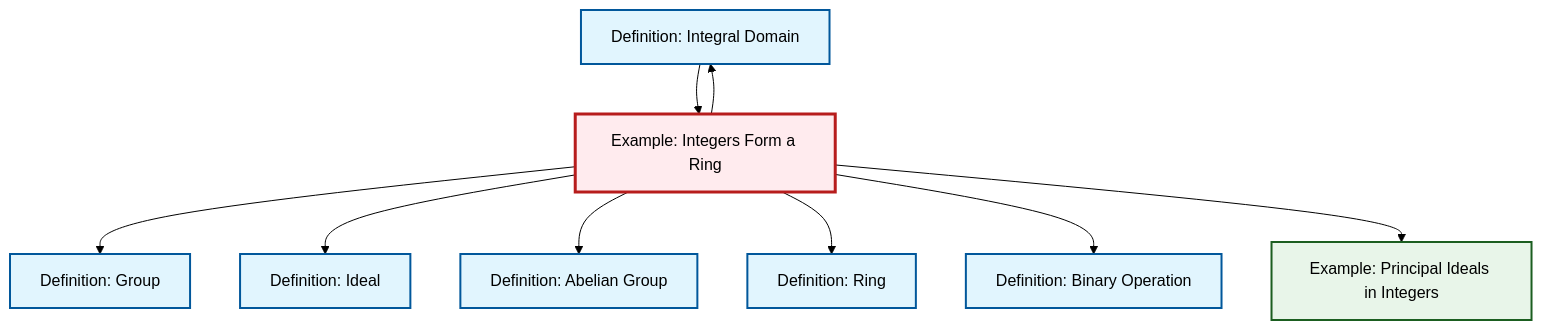
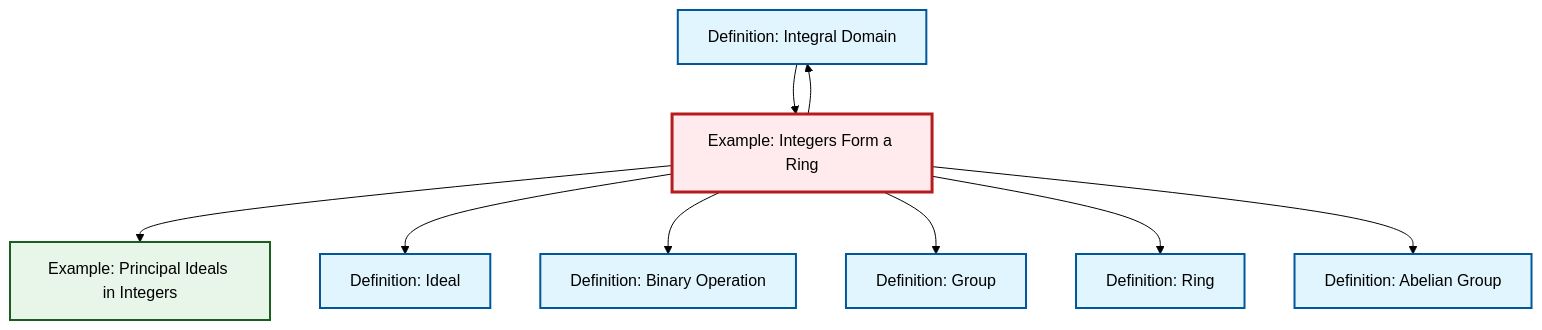
One commit to RK0429/ModernMath changed the diagram in output/mermaid/ex-integers-ring.mermaid. Above: the diagram before and after it, drawn with Mermaid (forest theme). The commit also changed other lines of this file and 634 other files, not shown here.

First line of the commit message:
feat: Add prime ideal definition with comprehensive cross-references

```diff
--- a/output/mermaid/ex-integers-ring.mermaid
+++ b/output/mermaid/ex-integers-ring.mermaid
@@ -1,24 +1,24 @@
 %%| fig-cap: "Local dependency graph"
 graph TD
     classDef definition fill:#e1f5fe,stroke:#01579b,stroke-width:2px
     classDef theorem fill:#f3e5f5,stroke:#4a148c,stroke-width:2px
     classDef axiom fill:#fff3e0,stroke:#e65100,stroke-width:2px
     classDef example fill:#e8f5e9,stroke:#1b5e20,stroke-width:2px
     classDef current fill:#ffebee,stroke:#b71c1c,stroke-width:3px
+    def-group["Definition: Group"]:::definition
+    def-abelian-group["Definition: Abelian Group"]:::definition
     def-binary-operation["Definition: Binary Operation"]:::definition
-    def-abelian-group["Definition: Abelian Group"]:::definition
+    def-ring["Definition: Ring"]:::definition
+    ex-principal-ideal["Example: Principal Ideals in Integers"]:::example
     def-integral-domain["Definition: Integral Domain"]:::definition
-    def-group["Definition: Group"]:::definition
     ex-integers-ring["Example: Integers Form a Ring"]:::example
     def-ideal["Definition: Ideal"]:::definition
-    ex-principal-ideal["Example: Principal Ideals in Integers"]:::example
-    def-ring["Definition: Ring"]:::definition
+    ex-integers-ring --> def-integral-domain
+    ex-integers-ring --> ex-principal-ideal
+    ex-integers-ring --> def-ideal
+    ex-integers-ring --> def-binary-operation
+    def-integral-domain --> ex-integers-ring
     ex-integers-ring --> def-group
-    ex-integers-ring --> def-ideal
+    ex-integers-ring --> def-ring
     ex-integers-ring --> def-abelian-group
-    ex-integers-ring --> def-ring
-    ex-integers-ring --> def-binary-operation
-    ex-integers-ring --> def-integral-domain
-    def-integral-domain --> ex-integers-ring
-    ex-integers-ring --> ex-principal-ideal
     class ex-integers-ring current
```
